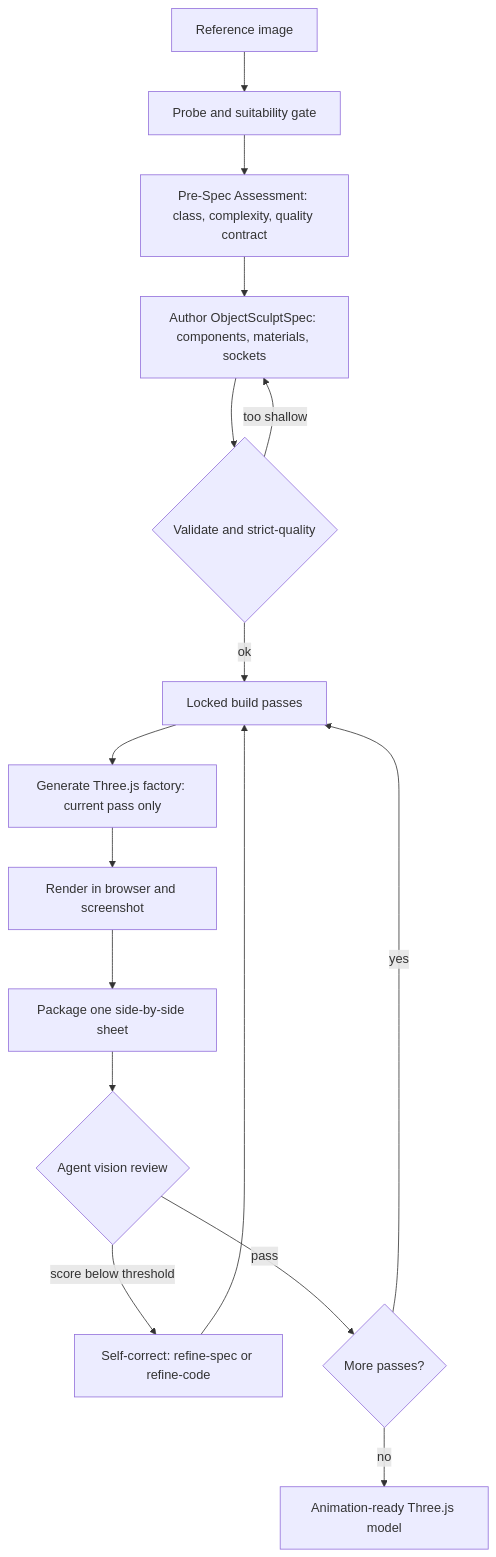
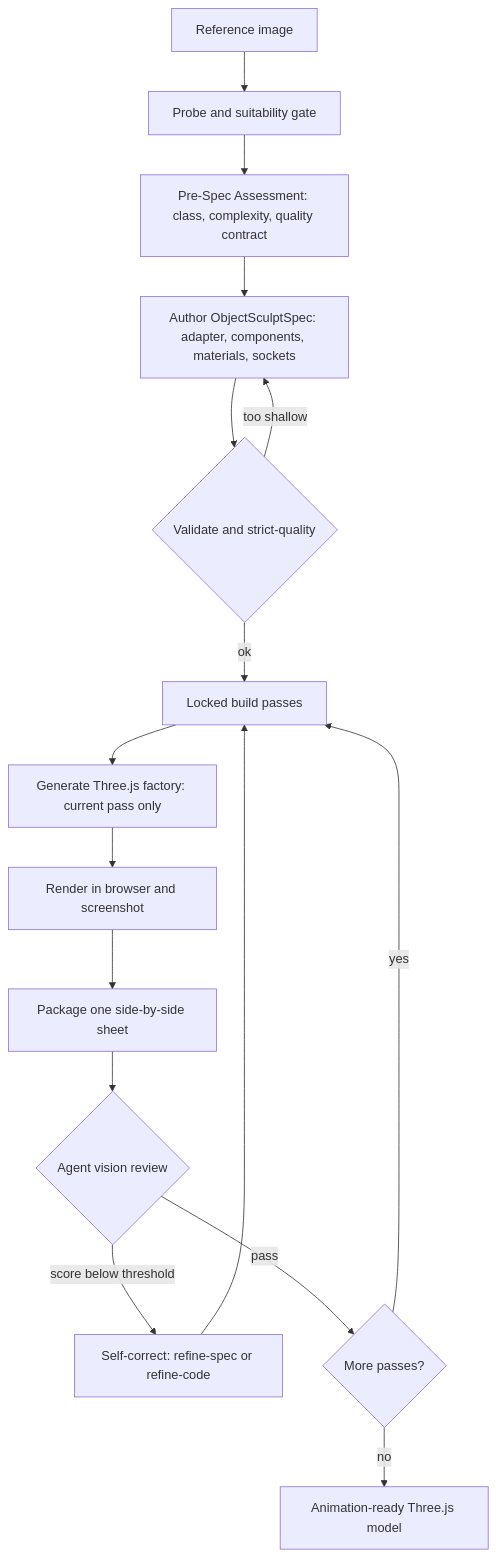
Before and after one commit to fraaalk/img2threejs: the diagram in docs/ARCHITECTURE.md, drawn with Mermaid. The commit also changed other lines of this file and 7 other files, not shown here.

````diff
--- a/docs/ARCHITECTURE.md
+++ b/docs/ARCHITECTURE.md
@@ -11,18 +11,18 @@
 ```mermaid
 flowchart TD
     A[Reference image] --> B[Probe and suitability gate]
     B --> C[Pre-Spec Assessment: class, complexity, quality contract]
-    C --> D[Author ObjectSculptSpec: components, materials, sockets]
+    C --> D[Author ObjectSculptSpec: adapter, components, materials, sockets]
     D --> E{Validate and strict-quality}
     E -- too shallow --> D
     E -- ok --> F[Locked build passes]
     F --> G[Generate Three.js factory: current pass only]
     G --> H[Render in browser and screenshot]
     H --> I[Package one side-by-side sheet]
     I --> J{Agent vision review}
     J -- score below threshold --> K[Self-correct: refine-spec or refine-code]
     K --> F
     J -- pass --> L{More passes?}
     L -- yes --> F
     L -- no --> M[Animation-ready Three.js model]
 ```
````
